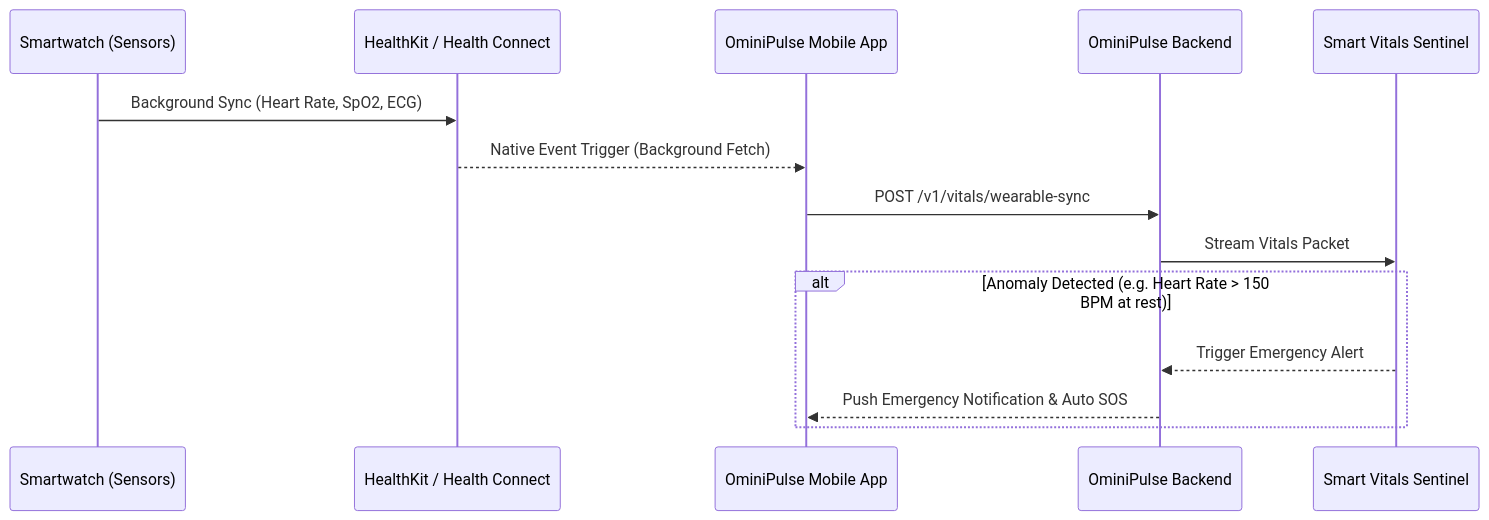
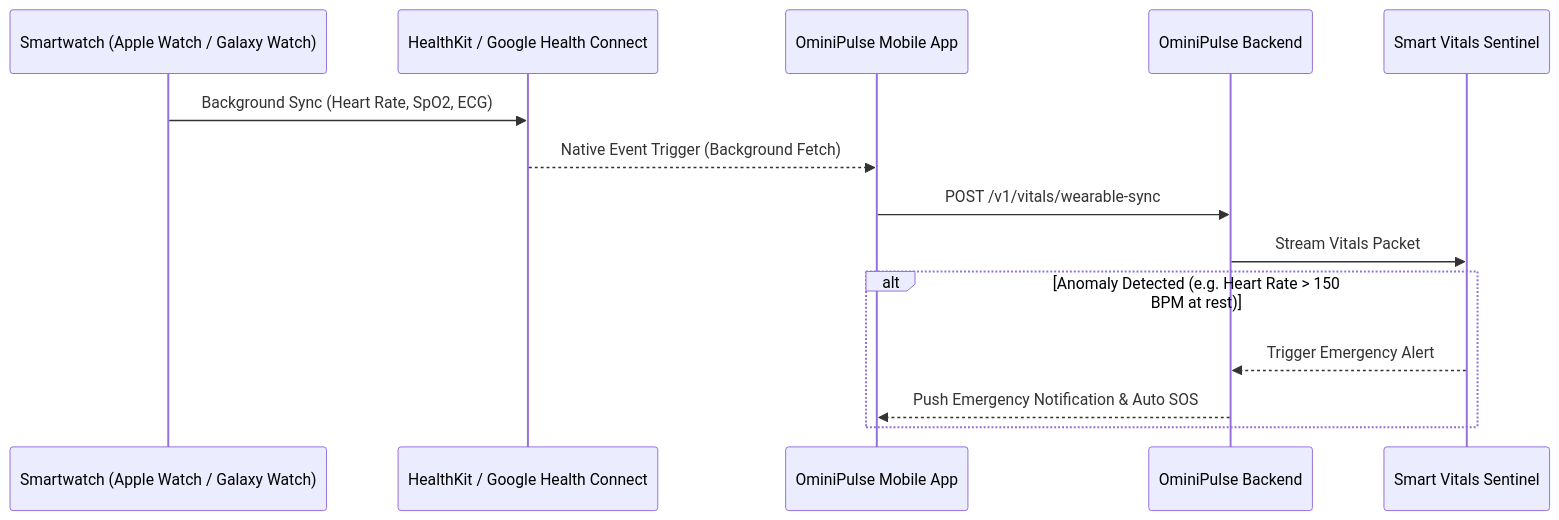
Before and after one commit to FBB1032/OminiPlus: the third of 3 diagrams in NEXT_STAGES_ROADMAP_AND_ARCHITECTURE.md, drawn with Mermaid. The commit also changed other lines of this file and 75 other files, not shown here.

Commit message:
feat: initialize multi-platform application architecture including patient mobile screens and admin dashboard portal

````diff
--- a/NEXT_STAGES_ROADMAP_AND_ARCHITECTURE.md
+++ b/NEXT_STAGES_ROADMAP_AND_ARCHITECTURE.md
@@ -308,17 +307,17 @@
 ```mermaid
 sequenceDiagram
-    participant SW as Smartwatch (Sensors)
-    participant HK as HealthKit / Health Connect
+    participant SW as Smartwatch (Apple Watch / Galaxy Watch)
+    participant HK as HealthKit / Google Health Connect
     participant RN as OminiPulse Mobile App
     participant API as OminiPulse Backend
     participant AI as Smart Vitals Sentinel
 
     SW->>HK: Background Sync (Heart Rate, SpO2, ECG)
     HK-->>RN: Native Event Trigger (Background Fetch)
     RN->>API: POST /v1/vitals/wearable-sync
     API->>AI: Stream Vitals Packet
     alt Anomaly Detected (e.g. Heart Rate > 150 BPM at rest)
         AI-->>API: Trigger Emergency Alert
         API-->>RN: Push Emergency Notification & Auto SOS
     end
 ```
````
